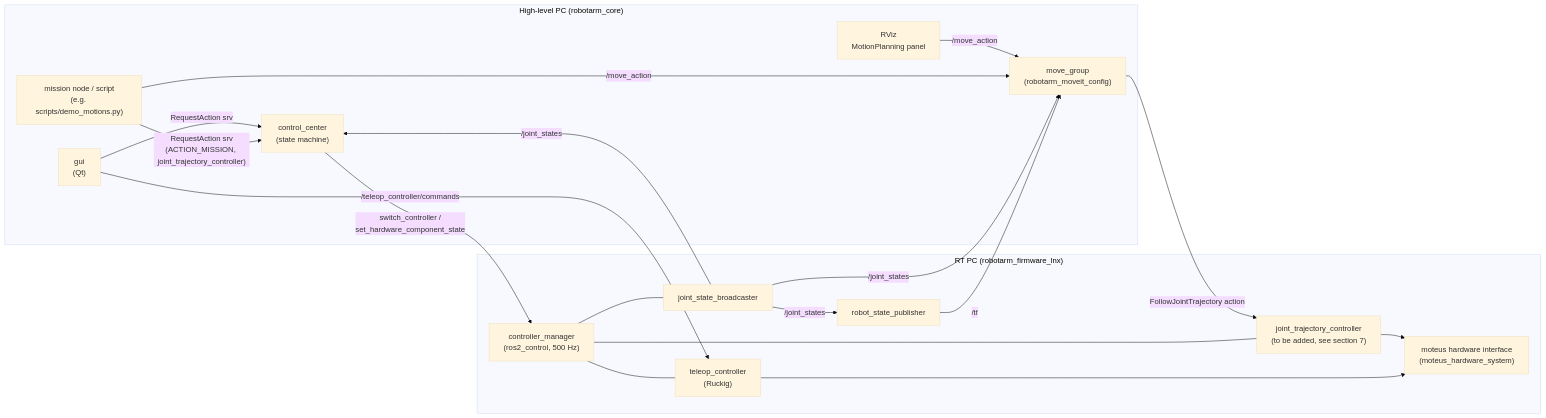
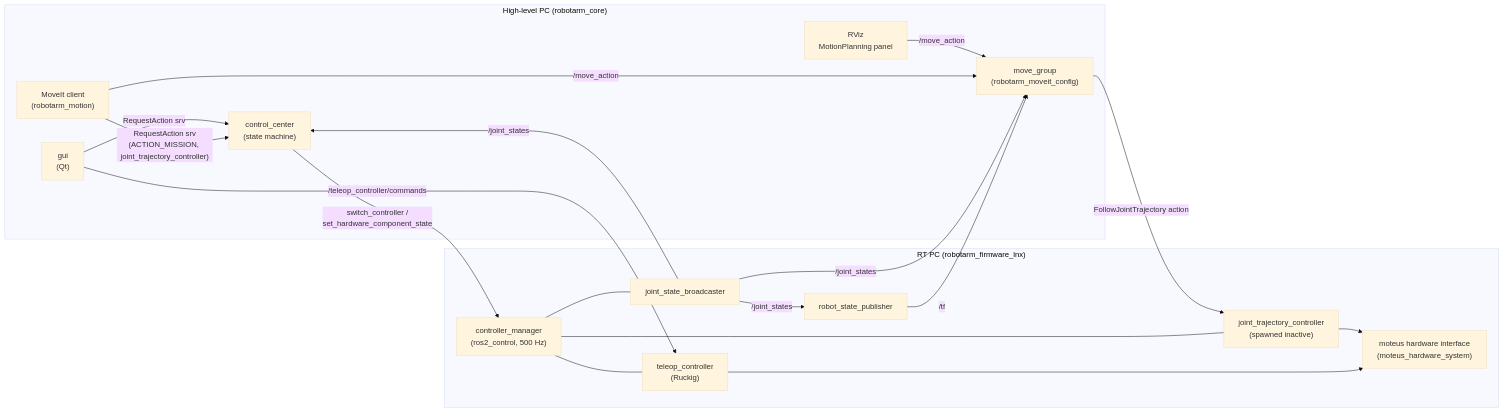
Before and after one commit to ruben01egle/robotarm_core: the diagram in src/robotarm_moveit_config/README.md, drawn with Mermaid (base theme). The commit also changed other lines of this file, not shown here.

Commit message:
Update MoveIt README: full-system usage, resolved/open issues, integration test

````diff
--- a/src/robotarm_moveit_config/README.md
+++ b/src/robotarm_moveit_config/README.md
@@ -39,33 +39,33 @@
 ```mermaid
 flowchart LR
     subgraph HL["High-level PC (robotarm_core)"]
         GUI["gui<br/>(Qt)"]
         CC["control_center<br/>(state machine)"]
         MG["move_group<br/>(robotarm_moveit_config)"]
         RVIZ["RViz<br/>MotionPlanning panel"]
-        CLIENT["mission node / script<br/>(e.g. scripts/demo_motions.py)"]
+        CLIENT["MoveIt client<br/>(robotarm_motion)"]
     end
 
     subgraph RT["RT PC (robotarm_firmware_lnx)"]
         CM["controller_manager<br/>(ros2_control, 500 Hz)"]
         JSB["joint_state_broadcaster"]
         TELEOP["teleop_controller<br/>(Ruckig)"]
-        JTC["joint_trajectory_controller<br/>(to be added, see section 7)"]
+        JTC["joint_trajectory_controller<br/>(spawned inactive)"]
         HW["moteus hardware interface<br/>(moteus_hardware_system)"]
         RSP["robot_state_publisher"]
     end
 
     GUI -- "RequestAction srv" --> CC
     CLIENT -- "RequestAction srv<br/>(ACTION_MISSION, joint_trajectory_controller)" --> CC
     CC -- "switch_controller /<br/>set_hardware_component_state" --> CM
     RVIZ -- "/move_action" --> MG
     CLIENT -- "/move_action" --> MG
     MG -- "FollowJointTrajectory action" --> JTC
     GUI -- "/teleop_controller/commands" --> TELEOP
     JSB -- "/joint_states" --> MG
     JSB -- "/joint_states" --> RSP
     JSB -- "/joint_states" --> CC
     RSP -- "/tf" --> MG
     CM --- JSB & TELEOP & JTC
     JTC & TELEOP --> HW
 ```
````
